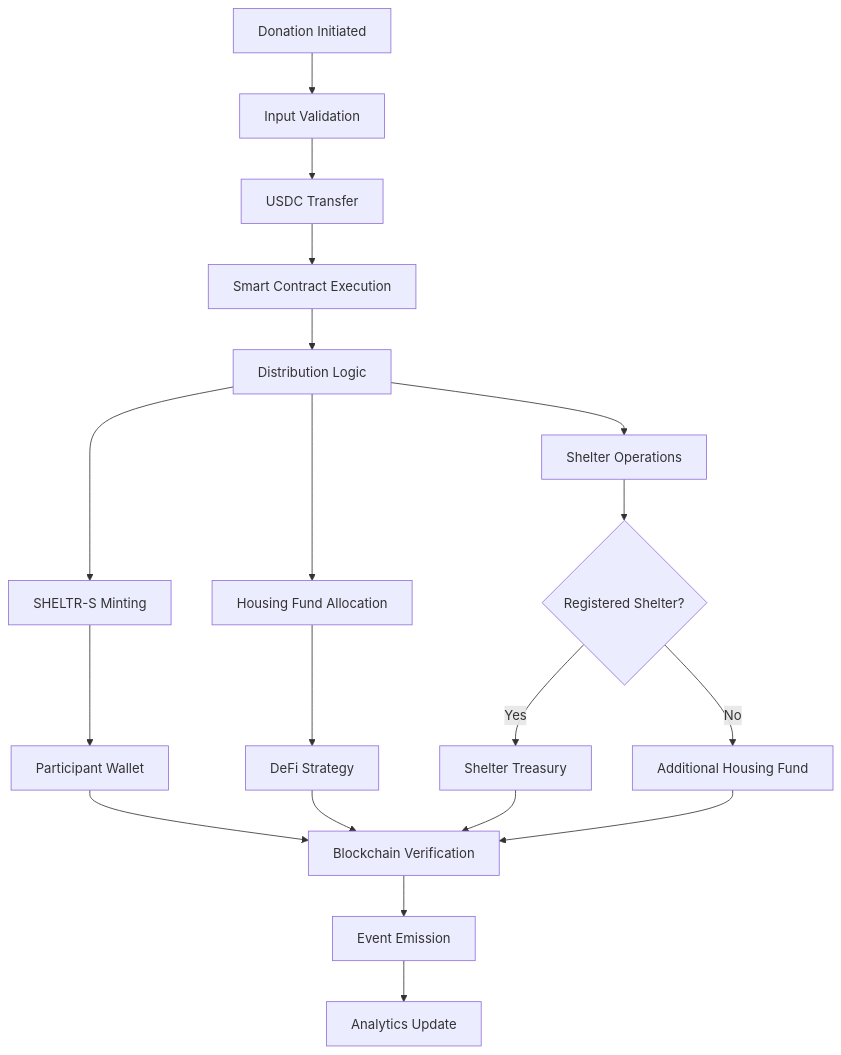
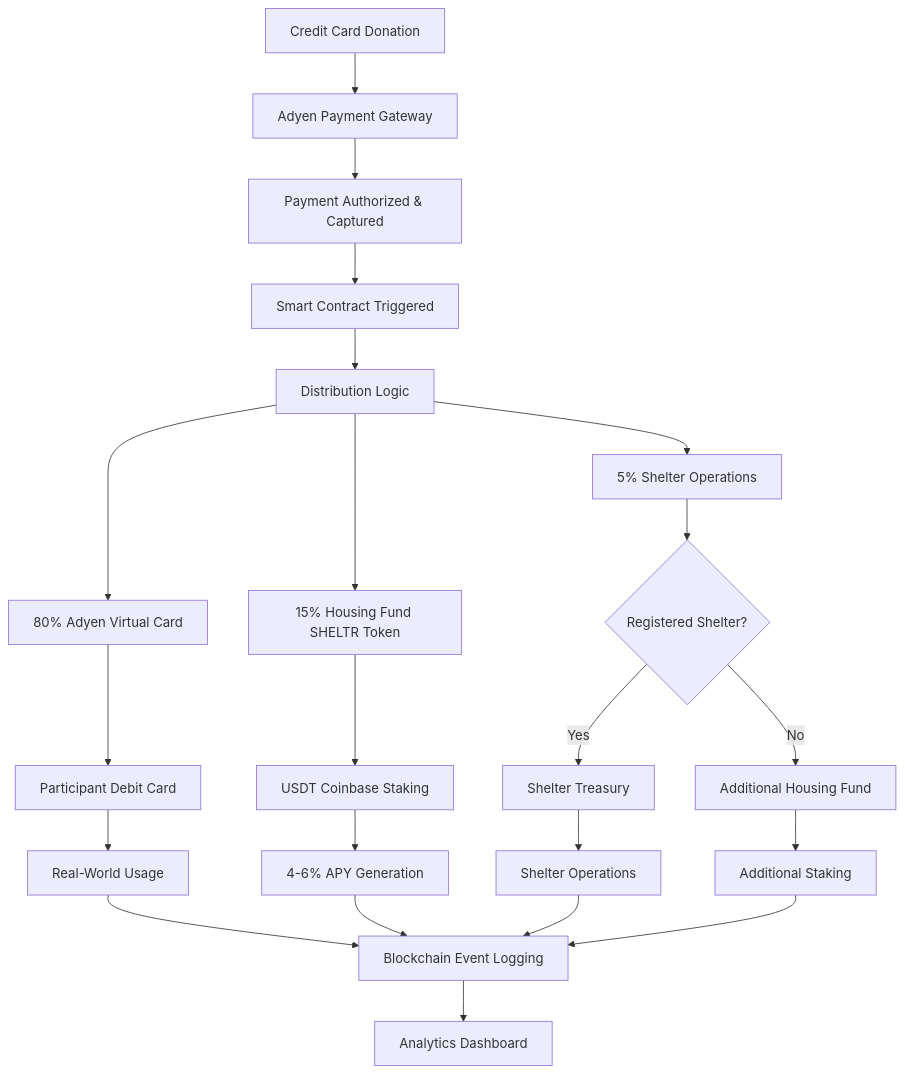
One commit to mrj0nesmtl/sheltr-ai changed the diagram in docs/02-architecture/technical/blockchain.md. Above: the diagram before and after it, drawn with Mermaid. The commit also changed other lines of this file and 1 other file, not shown here.

Commit message:
feat: update blockchain architecture to single-token stable fund model - Doug's strategic pivot

````diff
--- a/docs/02-architecture/technical/blockchain.md
+++ b/docs/02-architecture/technical/blockchain.md
@@ -446,21 +525,24 @@
 ```mermaid
 graph TD
-    A[Donation Initiated] --> B[Input Validation]
-    B --> C[USDC Transfer]
-    C --> D[Smart Contract Execution]
+    A[Credit Card Donation] --> B[Adyen Payment Gateway]
+    B --> C[Payment Authorized & Captured]
+    C --> D[Smart Contract Triggered]
     D --> E[Distribution Logic]
-    E --> F[SHELTR-S Minting]
-    E --> G[Housing Fund Allocation]
-    E --> H[Shelter Operations]
-    F --> I[Participant Wallet]
-    G --> J[DeFi Strategy]
+    E --> F[80% Adyen Virtual Card]
+    E --> G[15% Housing Fund SHELTR Token]
+    E --> H[5% Shelter Operations]
+    F --> I[Participant Debit Card]
+    G --> J[USDT Coinbase Staking]
     H --> K{Registered Shelter?}
     K -->|Yes| L[Shelter Treasury]
     K -->|No| M[Additional Housing Fund]
-    I --> N[Blockchain Verification]
-    J --> N
-    L --> N
-    M --> N
-    N --> O[Event Emission]
-    O --> P[Analytics Update]
+    I --> N[Real-World Usage]
+    J --> O[4-6% APY Generation]
+    L --> P[Shelter Operations]
+    M --> Q[Additional Staking]
+    N --> R[Blockchain Event Logging]
+    O --> R
+    P --> R
+    Q --> R
+    R --> S[Analytics Dashboard]
 ```
````
